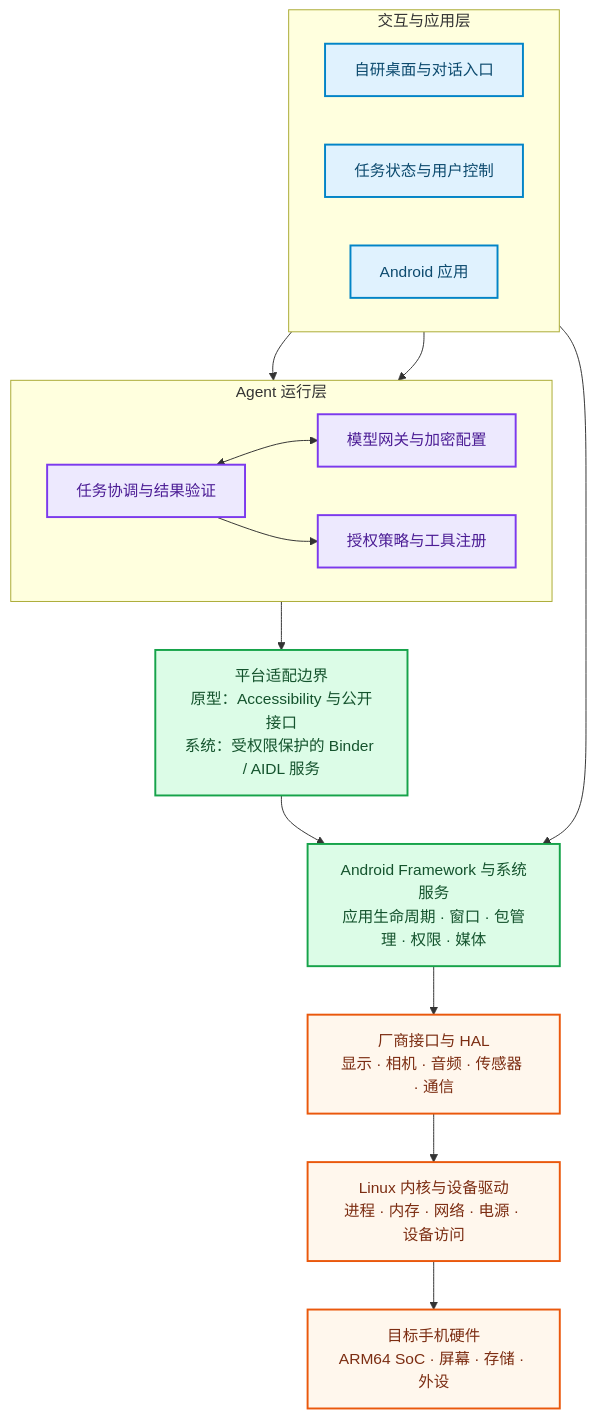
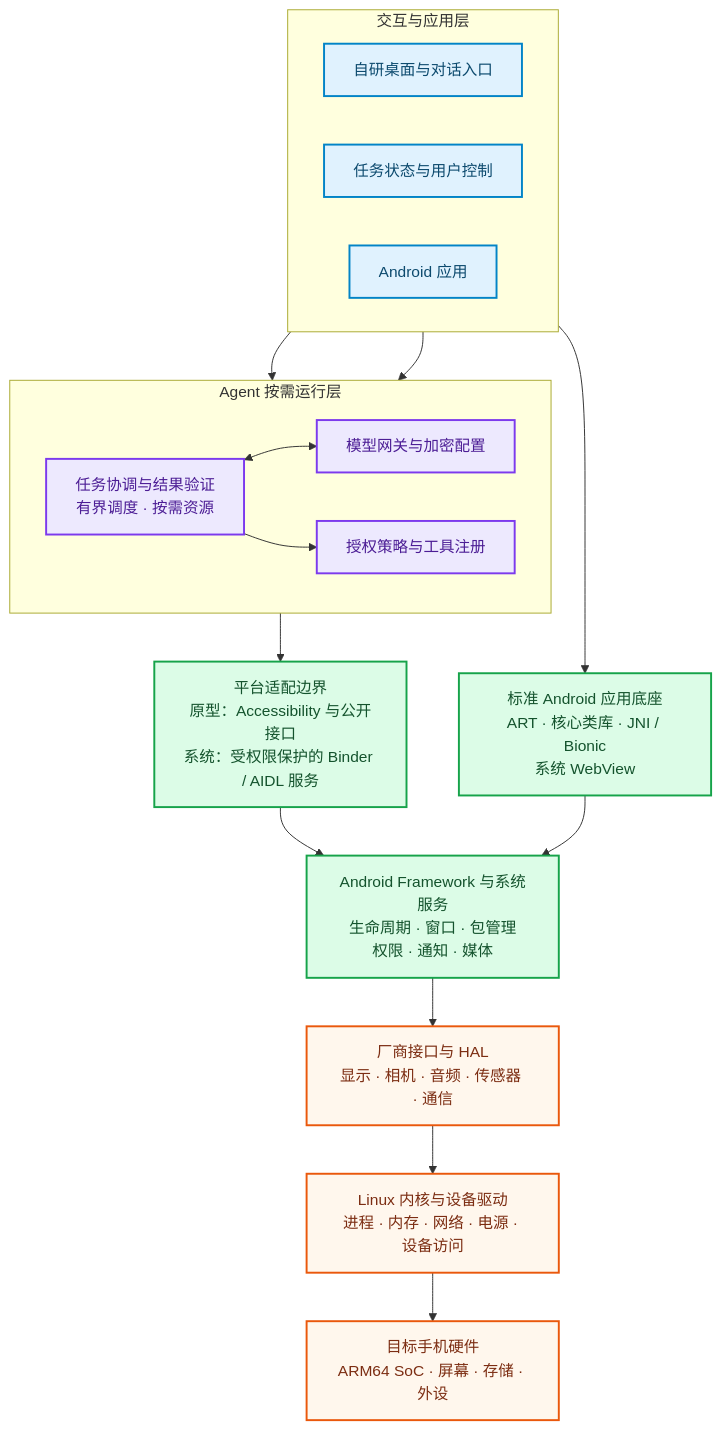
The diagram in docs/diagrams/os-layers.mmd (ecojust/Agent-OS), drawn with Mermaid before and after one commit. The commit also changed 12 other files, not shown here.

```diff
--- a/docs/diagrams/os-layers.mmd
+++ b/docs/diagrams/os-layers.mmd
@@ -1,34 +1,35 @@
 flowchart TB
     subgraph experience[交互与应用层]
         direction LR
         launcher[自研桌面与对话入口]
         controls[任务状态与用户控制]
         apps[Android 应用]
     end
-    subgraph agent[Agent 运行层]
+    subgraph agent[Agent 按需运行层]
         direction LR
-        core[任务协调与结果验证]
+        core[任务协调与结果验证<br/>有界调度 · 按需资源]
         model[模型网关与加密配置]
         policy[授权策略与工具注册]
     end
     bridge[平台适配边界<br/>原型：Accessibility 与公开接口<br/>系统：受权限保护的 Binder / AIDL 服务]
-    framework[Android Framework 与系统服务<br/>应用生命周期 · 窗口 · 包管理 · 权限 · 媒体]
+    appbase[标准 Android 应用底座<br/>ART · 核心类库 · JNI / Bionic<br/>系统 WebView]
+    framework[Android Framework 与系统服务<br/>生命周期 · 窗口 · 包管理<br/>权限 · 通知 · 媒体]
     hal[厂商接口与 HAL<br/>显示 · 相机 · 音频 · 传感器 · 通信]
     kernel[Linux 内核与设备驱动<br/>进程 · 内存 · 网络 · 电源 · 设备访问]
     hardware[目标手机硬件<br/>ARM64 SoC · 屏幕 · 存储 · 外设]
 
     launcher --> core
     controls --> policy
     core <--> model
     core --> policy --> bridge --> framework
-    apps --> framework
+    apps --> appbase --> framework
     framework --> hal --> kernel --> hardware
 
     classDef interface fill:#e0f2fe,stroke:#0284c7,color:#0c4a6e,stroke-width:2px;
     classDef agentNode fill:#ede9fe,stroke:#7c3aed,color:#4c1d95,stroke-width:2px;
     classDef platform fill:#dcfce7,stroke:#16a34a,color:#14532d,stroke-width:2px;
     classDef device fill:#fff7ed,stroke:#ea580c,color:#7c2d12,stroke-width:2px;
     class launcher,controls,apps interface;
     class core,model,policy agentNode;
-    class bridge,framework platform;
+    class bridge,appbase,framework platform;
     class hal,kernel,hardware device;
```
